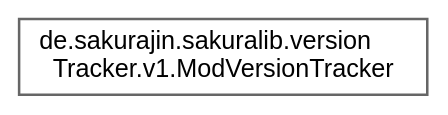
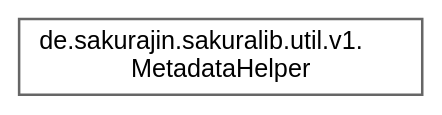
The diagram in inherit_graph_24.dot (noah1510/sakura-lib), drawn with Graphviz before and after one commit. The commit also changed 77 other files, not shown here.

```diff
--- a/inherit_graph_24.dot
+++ b/inherit_graph_24.dot
@@ -1,9 +1,9 @@
 digraph "Graphical Class Hierarchy"
 {
  // LATEX_PDF_SIZE
   bgcolor="transparent";
   edge [fontname=Helvetica,fontsize=10,labelfontname=Helvetica,labelfontsize=10];
   node [fontname=Helvetica,fontsize=10,shape=box,height=0.2,width=0.4];
   rankdir="LR";
-  Node0 [label="de.sakurajin.sakuralib.version\lTracker.v1.ModVersionTracker",height=0.2,width=0.4,color="grey40", fillcolor="white", style="filled",URL="$classde_1_1sakurajin_1_1sakuralib_1_1versionTracker_1_1v1_1_1ModVersionTracker.html",tooltip=" "];
+  Node0 [label="de.sakurajin.sakuralib.util.v1.\lMetadataHelper",height=0.2,width=0.4,color="grey40", fillcolor="white", style="filled",URL="$classde_1_1sakurajin_1_1sakuralib_1_1util_1_1v1_1_1MetadataHelper.html",tooltip=" "];
 }
```
